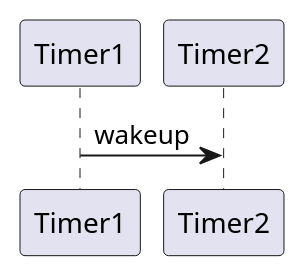
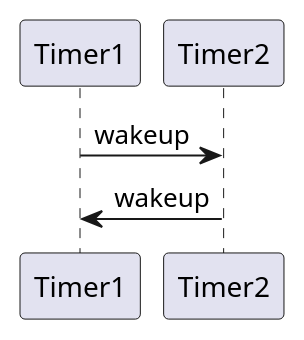
Before and after one commit to dkgoody/dtimer: the diagram in diagram.puml, drawn with PlantUML.

```diff
--- a/diagram.puml
+++ b/diagram.puml
@@ -1,3 +1,4 @@
 @startuml
 Timer1 -> Timer2 : wakeup
+Timer2 -> Timer1 : wakeup
 @enduml
```
